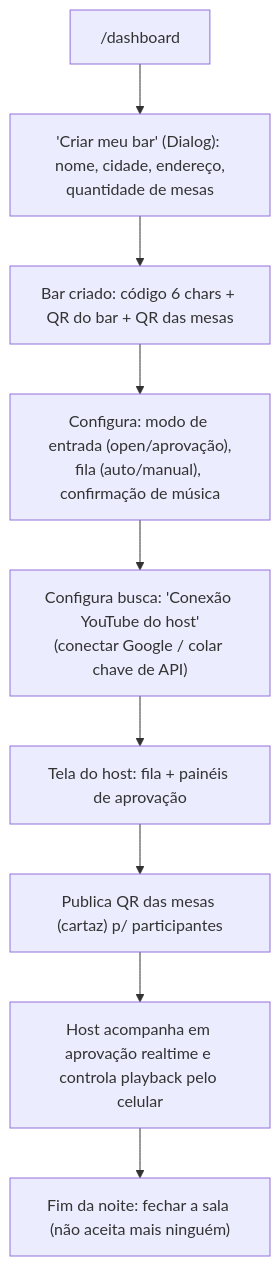
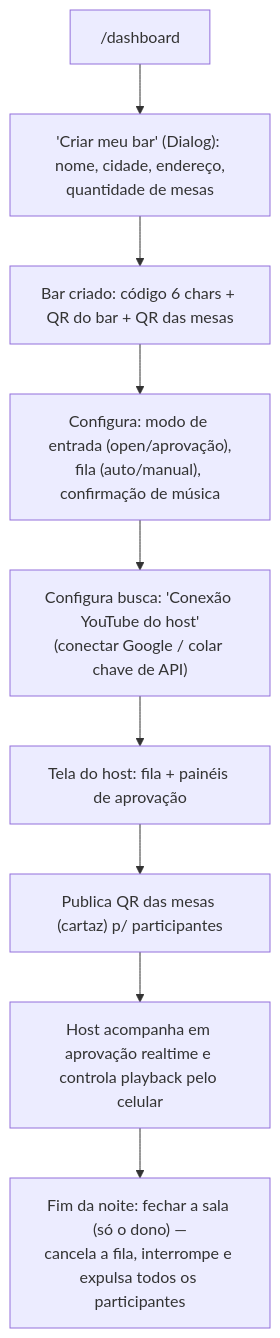
The second of 7 diagrams in docs/flows/fluxos-do-usuario.md (cavalcanteprofissional/karaoke-flow), drawn with Mermaid before and after one commit. The commit also changed other lines of this file and 23 other files, not shown here.

````diff
--- a/docs/flows/fluxos-do-usuario.md
+++ b/docs/flows/fluxos-do-usuario.md
@@ -37,11 +37,11 @@
 ```mermaid
 flowchart TD
     A["/dashboard"] --> B["'Criar meu bar' (Dialog): nome, cidade, endereço,<br/>quantidade de mesas"]
     B --> C["Bar criado: código 6 chars + QR do bar + QR das mesas"]
     C --> D["Configura: modo de entrada (open/aprovação),<br/>fila (auto/manual), confirmação de música"]
     D --> D1["Configura busca: 'Conexão YouTube do host'<br/>(conectar Google / colar chave de API)"]
     D1 --> E["Tela do host: fila + painéis de aprovação"]
     E --> F["Publica QR das mesas (cartaz) p/ participantes"]
     F --> G["Host acompanha em aprovação realtime e controla playback pelo celular"]
-    G --> H["Fim da noite: fechar a sala (não aceita mais ninguém)"]
+    G --> H["Fim da noite: fechar a sala (só o dono) —<br/>cancela a fila, interrompe e expulsa todos os participantes"]
 ```
````
